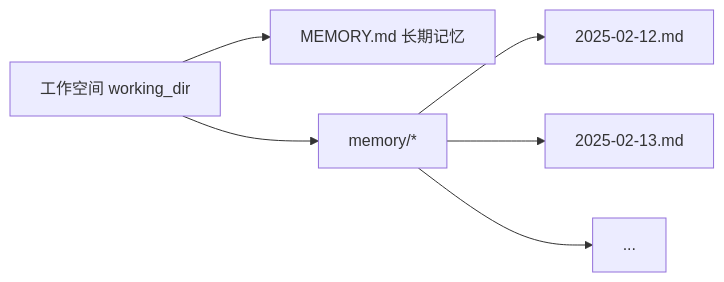
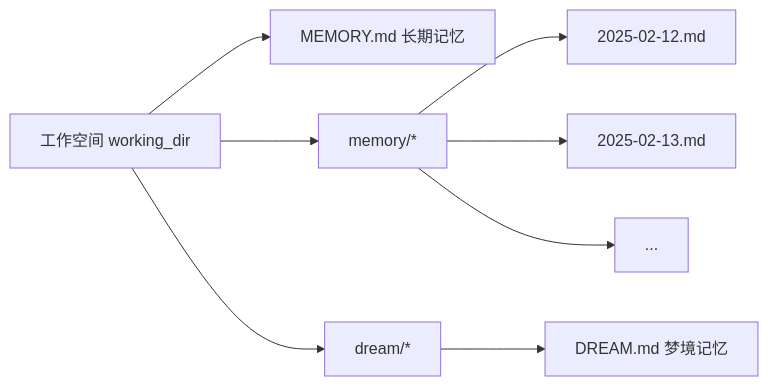
One commit to agentscope-ai/QwenPaw changed the second of 3 diagrams in website/public/docs/memory.zh.md. Above: the diagram before and after it, drawn with Mermaid. The commit also changed other lines of this file and 8 other files, not shown here.

````diff
--- a/website/public/docs/memory.zh.md
+++ b/website/public/docs/memory.zh.md
@@ -40,8 +41,10 @@
 ```mermaid
 graph LR
     Workspace[工作空间 working_dir] --> MEMORY[MEMORY.md 长期记忆]
     Workspace --> MemDir[memory/*]
+    Workspace --> DreamDir[dream/*]
     MemDir --> Day1[2025-02-12.md]
     MemDir --> Day2[2025-02-13.md]
     MemDir --> DayN[...]
+    DreamDir --> DREAM[DREAM.md 梦境记忆]
 ```
````
